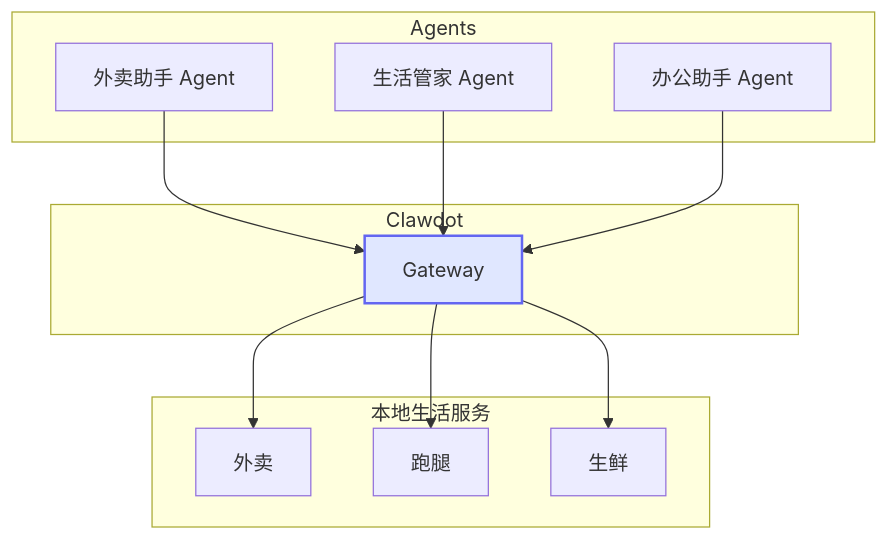
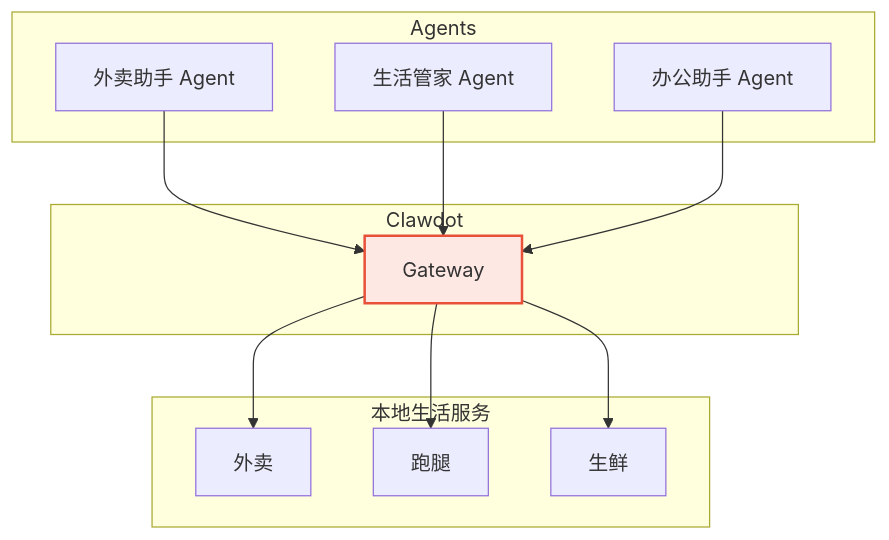
The diagram in clawdot/agents-overview.mdx (clawdot/docs), drawn with Mermaid before and after one commit. The commit also changed 10 other files, not shown here.

````diff
--- a/clawdot/agents-overview.mdx
+++ b/clawdot/agents-overview.mdx
@@ -10,27 +10,27 @@
 ```mermaid
 graph TB
   subgraph Agents
     A1["外卖助手 Agent"]
     A2["生活管家 Agent"]
     A3["办公助手 Agent"]
   end
 
   subgraph Clawdot
     GW["Gateway"]
   end
 
   subgraph Services["本地生活服务"]
     S1["外卖"]
     S2["跑腿"]
     S3["生鲜"]
   end
 
   A1 --> GW
   A2 --> GW
   A3 --> GW
   GW --> S1
   GW --> S2
   GW --> S3
 
-  style GW fill:#e0e7ff,stroke:#6366f1,stroke-width:2px
+  style GW fill:#fde8e4,stroke:#E8503A,stroke-width:2px
 ```
````
